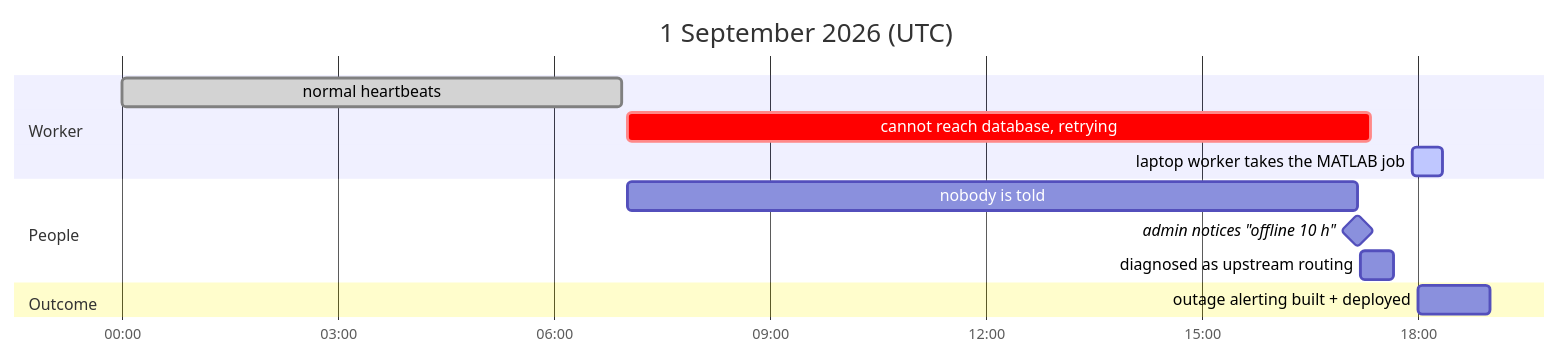
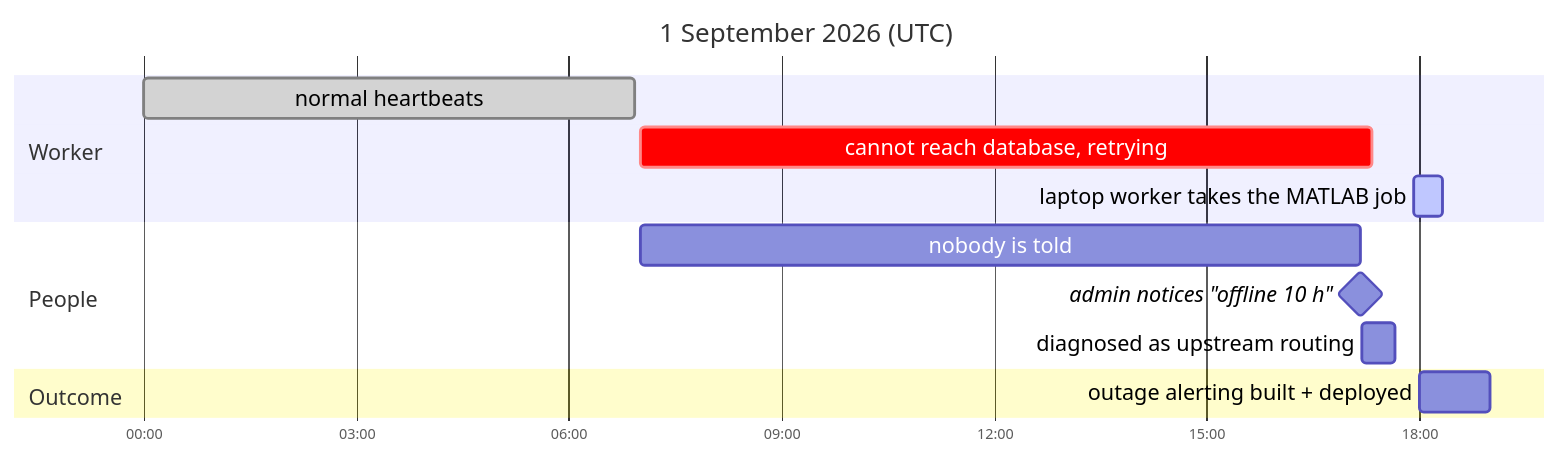
Before and after one commit to McMaster-Battery-Research-Group/battery-soc-benchmark: the seventh of 7 diagrams in docs/walkthrough/11-infrastructure-and-operations.md, drawn with Mermaid. The commit also changed other lines of this file and 10 other files, not shown here.

Commit message:
Walkthrough: every diagram now fits GitHub's content column (no scaling), larger timeline fonts, bigger logos

````diff
--- a/docs/walkthrough/11-infrastructure-and-operations.md
+++ b/docs/walkthrough/11-infrastructure-and-operations.md
@@ -185,16 +178,17 @@
 ```mermaid
+%%{init: {"gantt": {"fontSize": 15, "sectionFontSize": 15, "barHeight": 28, "barGap": 6, "leftPadding": 90}}}%%
 gantt
     title 1 September 2026 (UTC)
     dateFormat HH:mm
     axisFormat %H:%M
     section Worker
     normal heartbeats                :done, 00:00, 06:56
     cannot reach database, retrying  :crit, 07:01, 17:20
     laptop worker takes the MATLAB job :active, 17:55, 18:20
     section People
     nobody is told                   :07:01, 17:10
     admin notices "offline 10 h"     :milestone, 17:10, 0m
     diagnosed as upstream routing    :17:12, 17:40
     section Outcome
     outage alerting built + deployed :18:00, 19:00
 ```
````
